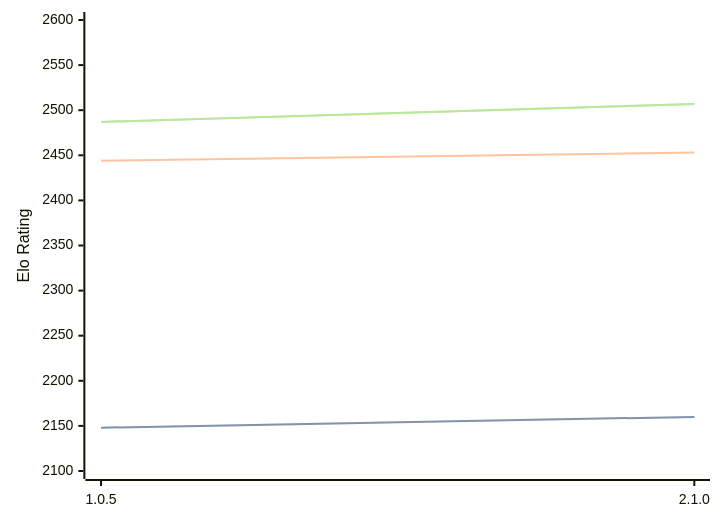
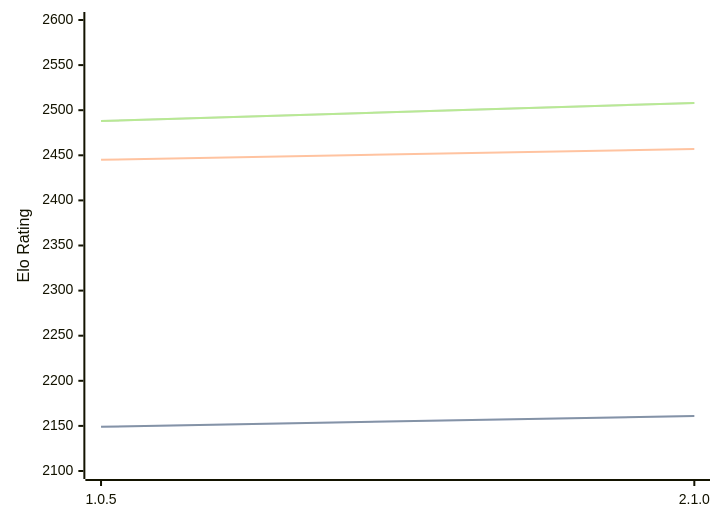
One commit to computer-chess-index/cci changed the diagram in engines/Ruffian.md. Above: the diagram before and after it, drawn with Mermaid. The commit also changed other lines of this file, not shown here.

Commit message:
Update CCI Ratings (ELO VLTC) - 2026-10-09

````diff
--- a/engines/Ruffian.md
+++ b/engines/Ruffian.md
@@ -32,11 +32,11 @@
 ```mermaid
 %%{init: {"theme":"base","themeVariables":{"seriesColors:['#a3a3a3','#222221','#faa371']}}}%%
 xychart-beta
   x-axis ["1.0.5", "2.1.0"]
   y-axis "Elo Rating" 2100 --> 2600
-  line "" [2148, 2160]
-  line "STC (8.0+0.08s)" [2148, 2160]
-  line "LTC (60.0+0.60s)" [2444, 2453]
-  line "" [2487, 2507]
-  line "VLTC (2m24s+1.12s)" [2487, 2507]
+  line "" [2149, 2161]
+  line "STC (8.0+0.08s)" [2149, 2161]
+  line "LTC (60.0+0.60s)" [2445, 2457]
+  line "" [2488, 2508]
+  line "VLTC (2m24s+1.12s)" [2488, 2508]
 ```
````
